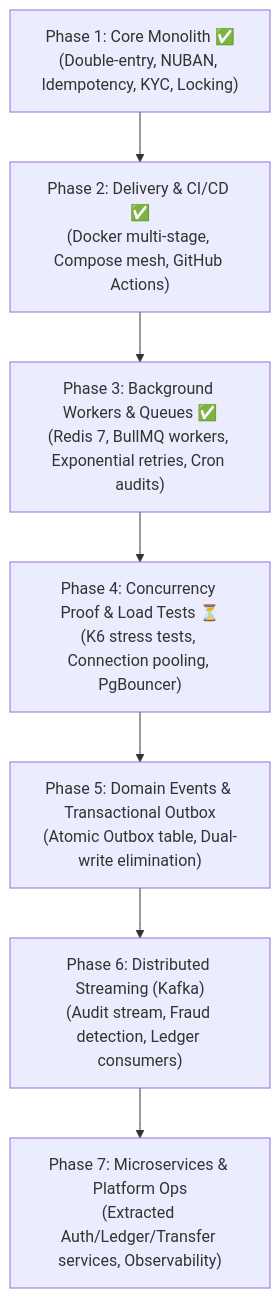
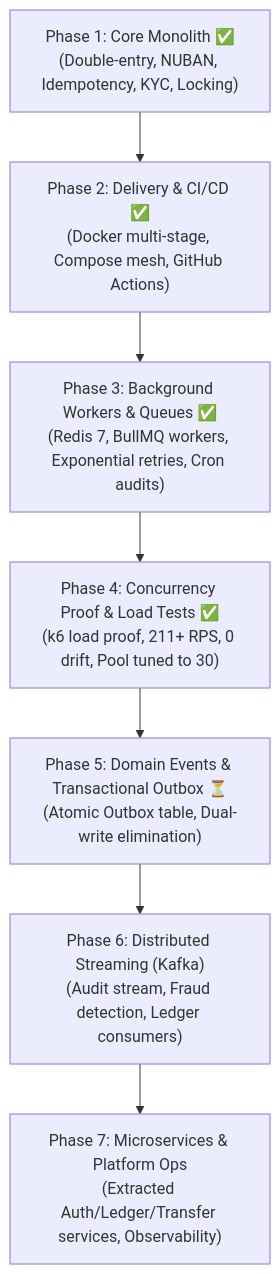
The second of 2 diagrams in docs/SPEC_OVERVIEW.md (devhenode/Banking-API), drawn with Mermaid before and after one commit. The commit also changed other lines of this file and 2 other files, not shown here.

Commit message:
docs(benchmarks): document Phase 4 high-throughput load proof, connection pool tuning, and zero-drift audit

````diff
--- a/docs/SPEC_OVERVIEW.md
+++ b/docs/SPEC_OVERVIEW.md
@@ -75,9 +76,9 @@
 ```mermaid
 flowchart TD
     P1["Phase 1: Core Monolith ✅<br/>(Double-entry, NUBAN, Idempotency, KYC, Locking)"] --> P2["Phase 2: Delivery & CI/CD ✅<br/>(Docker multi-stage, Compose mesh, GitHub Actions)"]
     P2 --> P3["Phase 3: Background Workers & Queues ✅<br/>(Redis 7, BullMQ workers, Exponential retries, Cron audits)"]
-    P3 --> P4["Phase 4: Concurrency Proof & Load Tests ⏳<br/>(K6 stress tests, Connection pooling, PgBouncer)"]
-    P4 --> P5["Phase 5: Domain Events & Transactional Outbox<br/>(Atomic Outbox table, Dual-write elimination)"]
+    P3 --> P4["Phase 4: Concurrency Proof & Load Tests ✅<br/>(k6 load proof, 211+ RPS, 0 drift, Pool tuned to 30)"]
+    P4 --> P5["Phase 5: Domain Events & Transactional Outbox ⏳<br/>(Atomic Outbox table, Dual-write elimination)"]
     P5 --> P6["Phase 6: Distributed Streaming (Kafka)<br/>(Audit stream, Fraud detection, Ledger consumers)"]
     P6 --> P7["Phase 7: Microservices & Platform Ops<br/>(Extracted Auth/Ledger/Transfer services, Observability)"]
 ```
````
